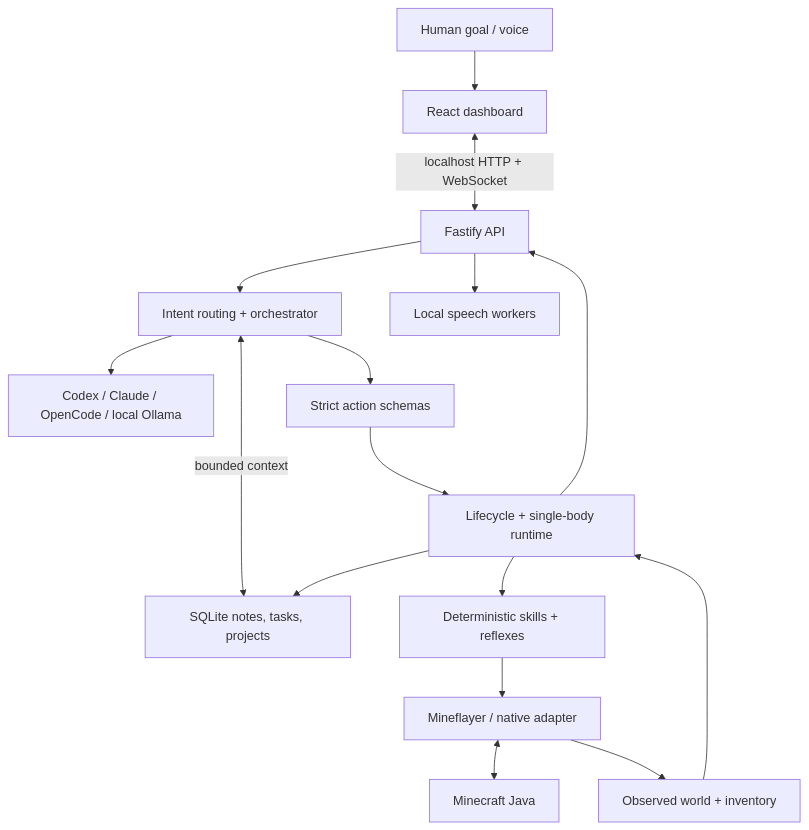
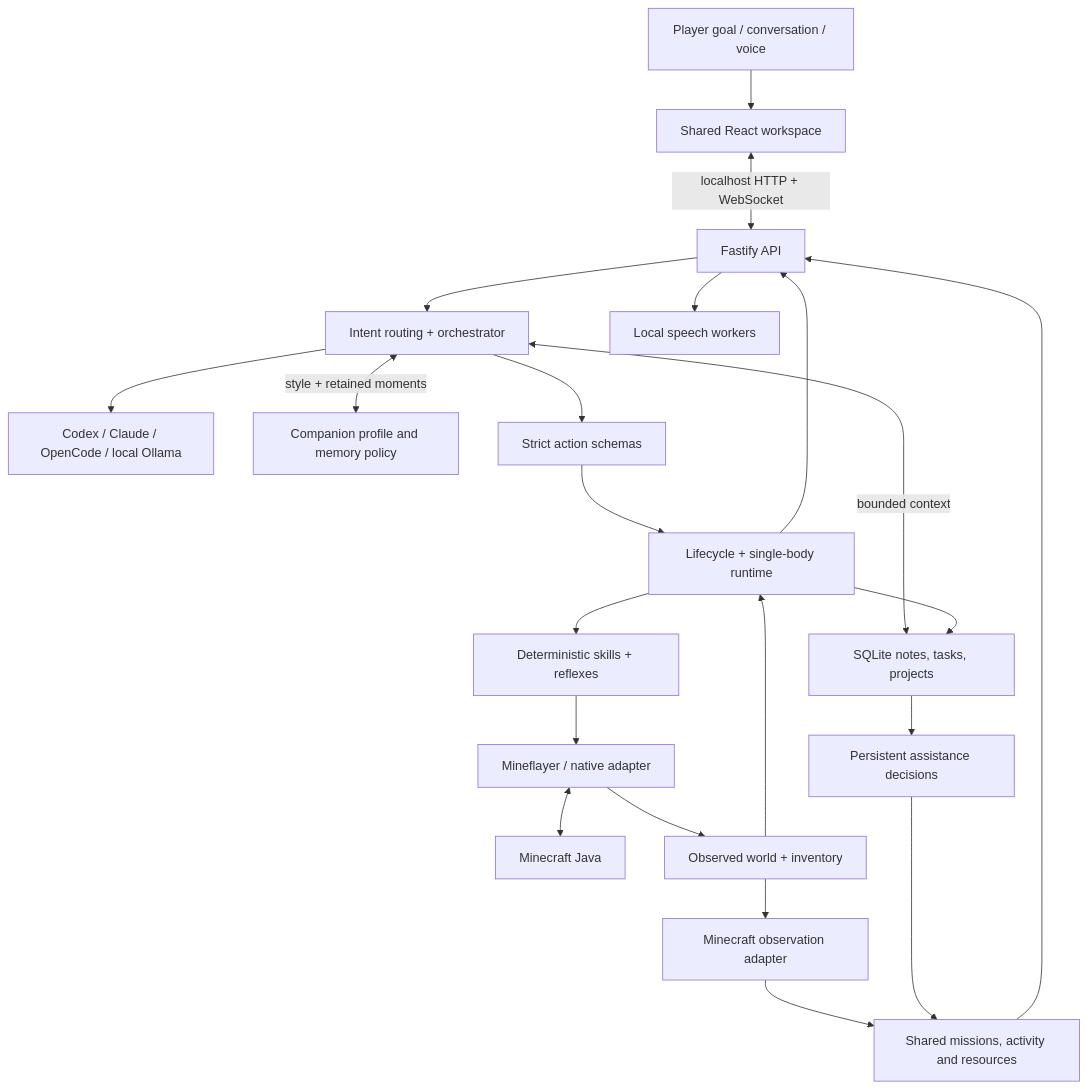
Before and after one commit to alfonza1/minecraft-companion: the diagram in docs/ARCHITECTURE.md, drawn with Mermaid. The commit also changed other lines of this file and 12 other files, not shown here.

````diff
--- a/docs/ARCHITECTURE.md
+++ b/docs/ARCHITECTURE.md
@@ -7,18 +8,24 @@
 ```mermaid
 flowchart TD
-  Human[Human goal / voice] --> UI[React dashboard]
+  Human[Player goal / conversation / voice] --> UI[Shared React workspace]
   UI <-->|localhost HTTP + WebSocket| API[Fastify API]
   API --> Planner[Intent routing + orchestrator]
   Planner --> Providers[Codex / Claude / OpenCode / local Ollama]
   Planner <-->|bounded context| Store[SQLite notes, tasks, projects]
+  Planner <-->|style + retained moments| Personality[Companion profile and memory policy]
   Planner --> Validate[Strict action schemas]
   Validate --> Runtime[Lifecycle + single-body runtime]
   Runtime --> Skills[Deterministic skills + reflexes]
   Skills --> Client[Mineflayer / native adapter]
   Client <--> World[Minecraft Java]
   Client --> Observation[Observed world + inventory]
   Observation --> Runtime
+  Observation --> Adapter[Minecraft observation adapter]
+  Adapter --> Workspace[Shared missions, activity and resources]
+  Store --> Help[Persistent assistance decisions]
+  Help --> Workspace
+  Workspace --> API
   Runtime --> Store
   Runtime --> API
   API --> Voice[Local speech workers]
 ```
````
